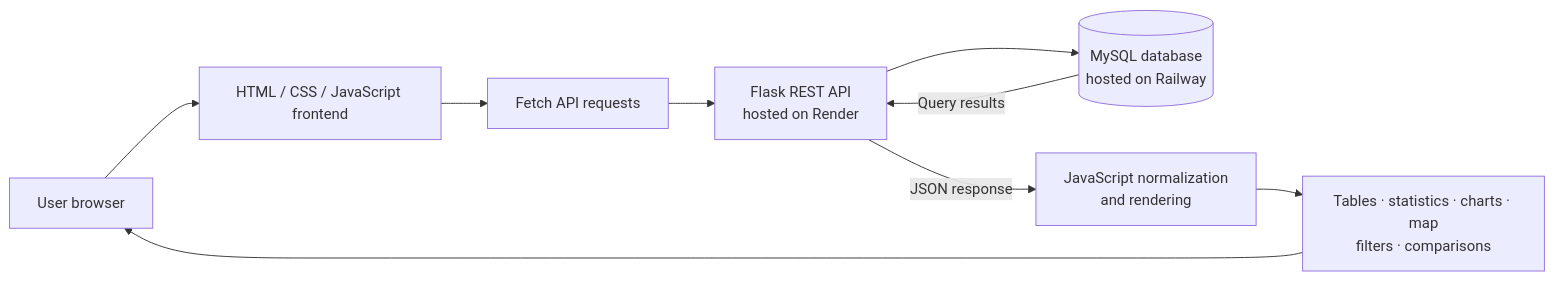
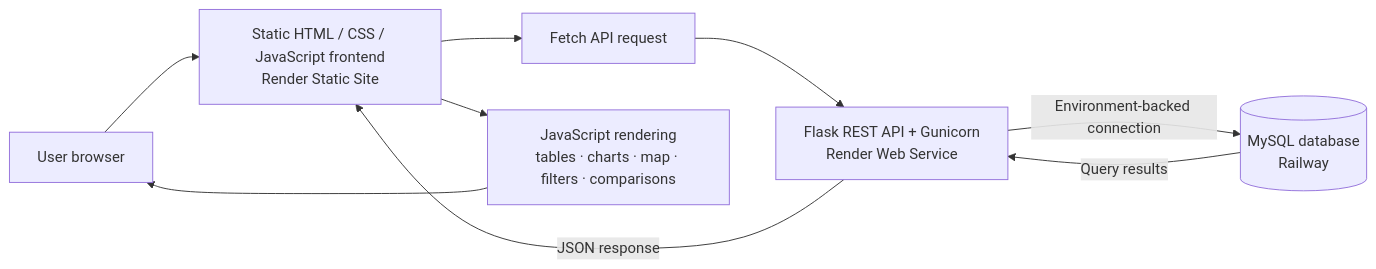
Before and after one commit to mussabtaha/Traditional-Governance-Data-Analytics-and-Visualization-Platform: the first of 2 diagrams in README.md, drawn with Mermaid. The commit also changed other lines of this file, not shown here.

````diff
--- a/README.md
+++ b/README.md
@@ -120,11 +122,11 @@
 ```mermaid
 flowchart LR
-    U["User browser"] --> F["HTML / CSS / JavaScript frontend"]
-    F --> Q["Fetch API requests"]
-    Q --> A["Flask REST API<br/>hosted on Render"]
-    A --> D[("MySQL database<br/>hosted on Railway")]
+    U["User browser"] --> F["Static HTML / CSS / JavaScript frontend<br/>Render Static Site"]
+    F --> Q["Fetch API request"]
+    Q --> A["Flask REST API + Gunicorn<br/>Render Web Service"]
+    A -->|Environment-backed connection| D[("MySQL database<br/>Railway")]
     D -->|Query results| A
-    A -->|JSON response| J["JavaScript normalization<br/>and rendering"]
-    J --> V["Tables · statistics · charts · map<br/>filters · comparisons"]
+    A -->|JSON response| F
+    F --> V["JavaScript rendering<br/>tables · charts · map · filters · comparisons"]
     V --> U
 ```
````
